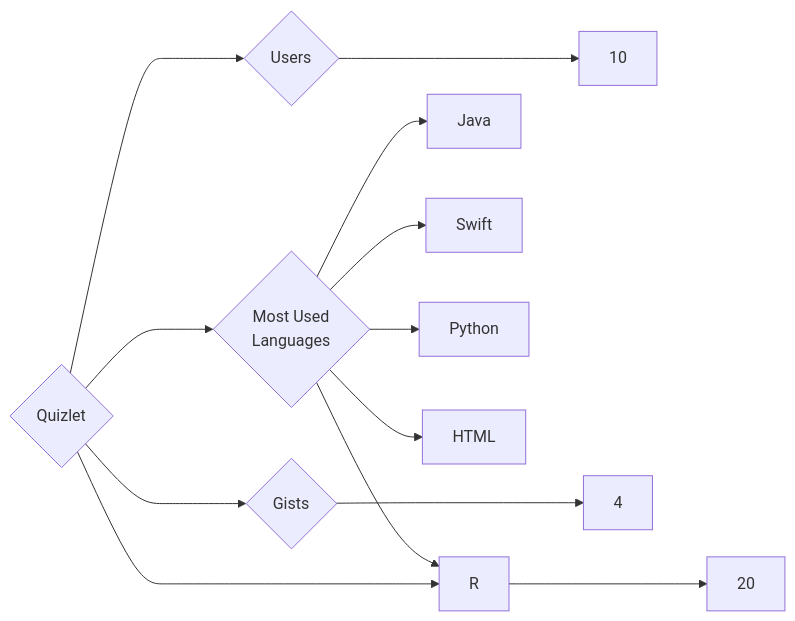
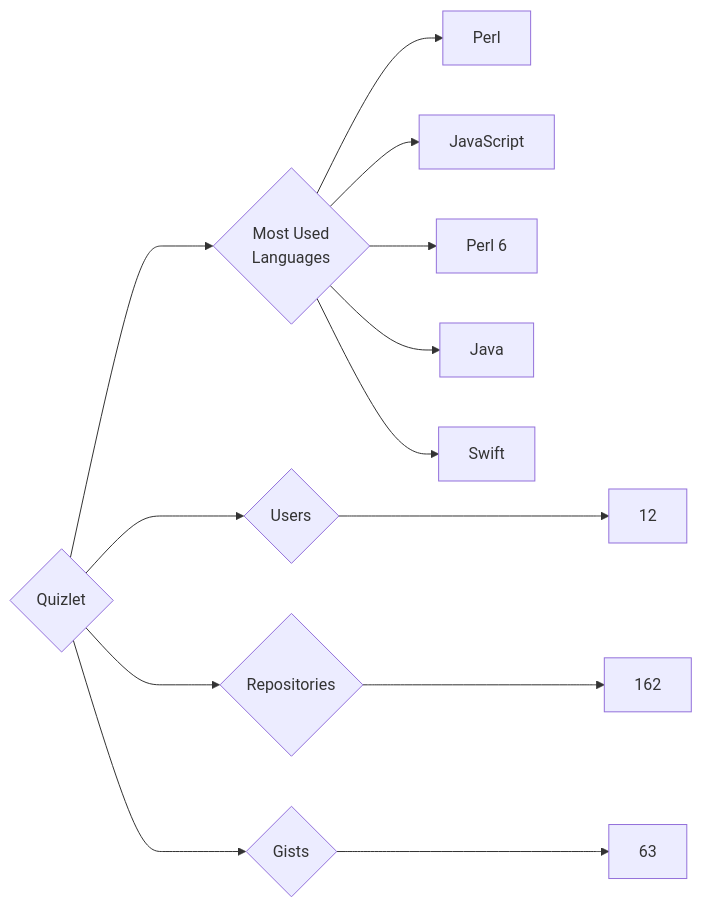
Before and after one commit to trickest/insiders: the diagram in targets/Quizlet/README.md, drawn with Mermaid. The commit also changed 1484 other files, not shown here.

````diff
--- a/targets/Quizlet/README.md
+++ b/targets/Quizlet/README.md
@@ -3,13 +3,13 @@
 ```mermaid
 graph LR
 COMPANY_NAME{Quizlet}
-COMPANY_NAME ---> U{Users} ---> UN[10]
-COMPANY_NAME ---> R{Repositories} ---> RN[20]
-COMPANY_NAME ---> G{Gists} ---> GN[4]
+COMPANY_NAME ---> U{Users} ---> UN[12]
+COMPANY_NAME ---> R{Repositories} ---> RN[162]
+COMPANY_NAME ---> G{Gists} ---> GN[63]
 COMPANY_NAME ---> ML{Most Used<br>Languages}
+ML --> Perl[Perl]
+ML --> JavaScript[JavaScript]
+ML --> Perl_6[Perl 6]
 ML --> Java[Java]
 ML --> Swift[Swift]
-ML --> R[R]
-ML --> Python[Python]
-ML --> HTML[HTML]
 ```
````
